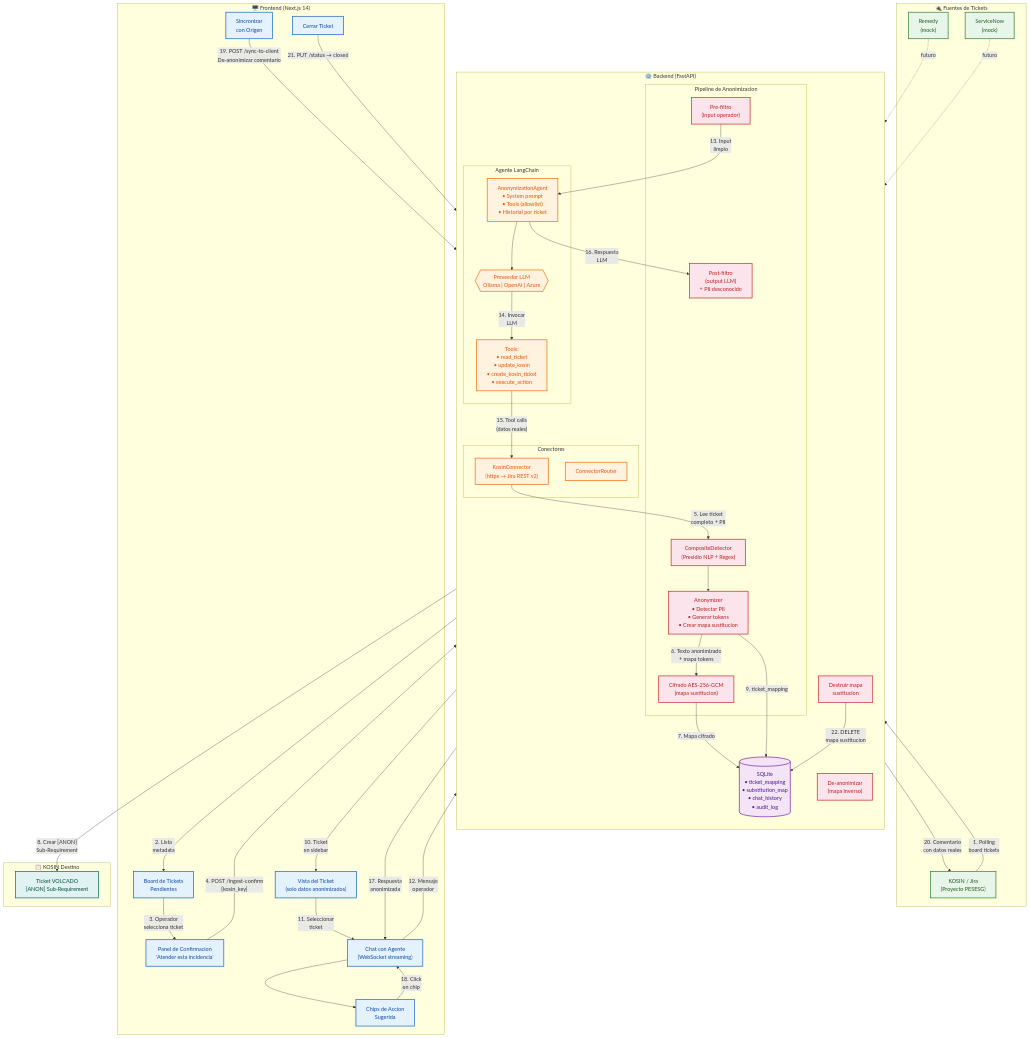
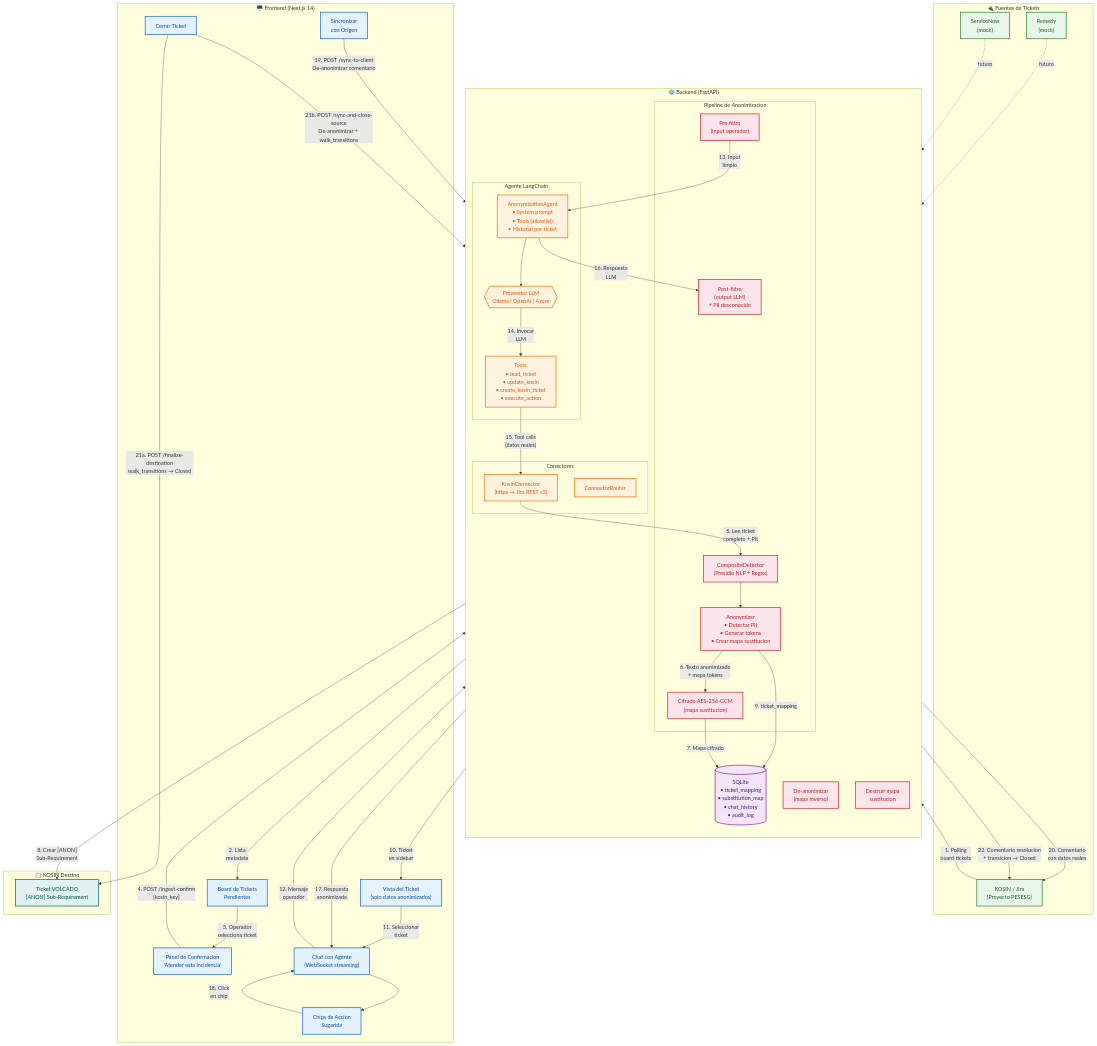
Before and after one commit to jotajota1302/anonymization: the diagram in docs/PROPUESTA_ARQUITECTURA_ANONIMIZACION_TICKETING.md, drawn with Mermaid. The commit also changed other lines of this file and 9 other files, not shown here.

```diff
--- a/docs/PROPUESTA_ARQUITECTURA_ANONIMIZACION_TICKETING.md
+++ b/docs/PROPUESTA_ARQUITECTURA_ANONIMIZACION_TICKETING.md
@@ -158,11 +158,12 @@
     CHAT --> CHIPS
     CHIPS -->|"18. Click\nen chip"| CHAT
 
-    %% === FLUJO 3: CIERRE ===
+    %% === FLUJO 3: CIERRE (v1.9 — transiciones Jira reales) ===
     SYNC_BTN -->|"19. POST /sync-to-client\nDe-anonimizar comentario"| DEANON
     DEANON -->|"20. Comentario\ncon datos reales"| KOSIN_SRC
-    CLOSE_BTN -->|"21. PUT /status → closed"| DESTROY
-    DESTROY -->|"22. DELETE\nmapa sustitucion"| DB
+    CLOSE_BTN -->|"21a. POST /finalize-destination\nwalk_transitions → Closed"| ANON_TICKET
+    CLOSE_BTN -->|"21b. POST /sync-and-close-source\nDe-anonimizar + walk_transitions"| DEANON
+    DEANON -->|"22. Comentario resolucion\n+ transicion → Closed"| KOSIN_SRC
 
     %% === ESTILOS ===
     classDef sourceStyle fill:#e8f5e9,stroke:#2e7d32,stroke-width:2px,color:#1b5e20
```
